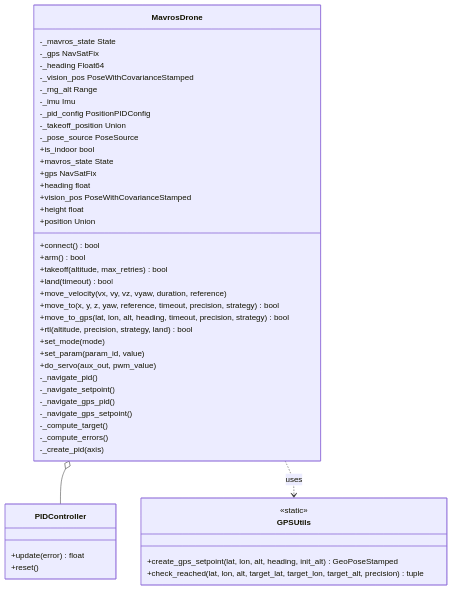
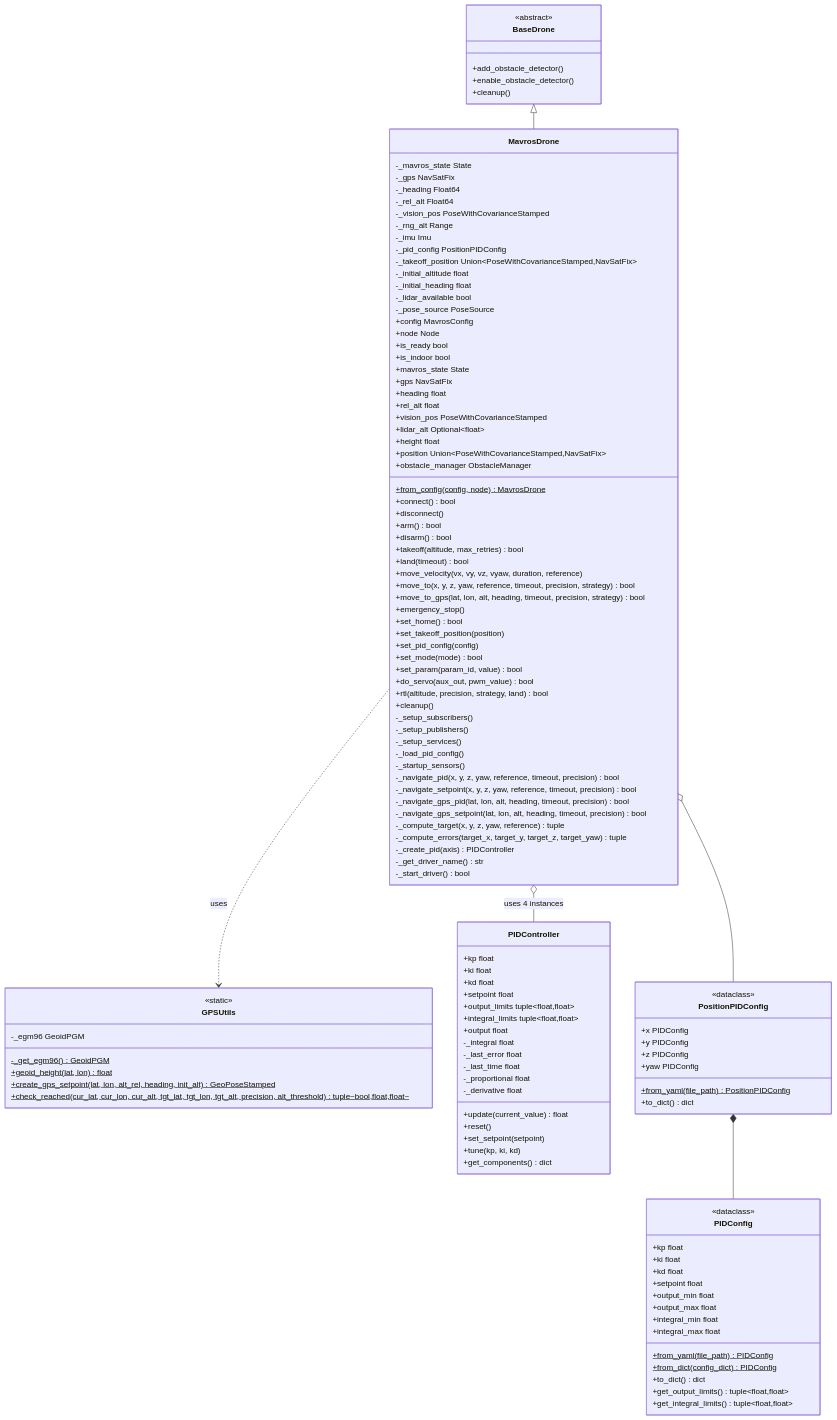
Before and after one commit to Black-Bee-Drones/nectar-sdk: the diagram in mirela_sdk/mirela_sdk/control/mavros/README.md, drawn with Mermaid. The commit also changed 2 other files, not shown here.

Commit message:
docs: update mermaid class diagramns

````diff
--- a/mirela_sdk/mirela_sdk/control/mavros/README.md
+++ b/mirela_sdk/mirela_sdk/control/mavros/README.md
@@ -10,50 +10,130 @@
         -_mavros_state State
         -_gps NavSatFix
         -_heading Float64
+        -_rel_alt Float64
         -_vision_pos PoseWithCovarianceStamped
         -_rng_alt Range
         -_imu Imu
         -_pid_config PositionPIDConfig
-        -_takeoff_position Union
+        -_takeoff_position Union~PoseWithCovarianceStamped,NavSatFix~
+        -_initial_altitude float
+        -_initial_heading float
+        -_lidar_available bool
         -_pose_source PoseSource
+        +config MavrosConfig
+        +node Node
+        +is_ready bool
         +is_indoor bool
         +mavros_state State
         +gps NavSatFix
         +heading float
+        +rel_alt float
         +vision_pos PoseWithCovarianceStamped
+        +lidar_alt Optional~float~
         +height float
-        +position Union
+        +position Union~PoseWithCovarianceStamped,NavSatFix~
+        +obstacle_manager ObstacleManager
+        +from_config(config, node)$ MavrosDrone
         +connect() bool
+        +disconnect()
         +arm() bool
+        +disarm() bool
         +takeoff(altitude, max_retries) bool
         +land(timeout) bool
         +move_velocity(vx, vy, vz, vyaw, duration, reference)
         +move_to(x, y, z, yaw, reference, timeout, precision, strategy) bool
         +move_to_gps(lat, lon, alt, heading, timeout, precision, strategy) bool
+        +emergency_stop()
+        +set_home() bool
+        +set_takeoff_position(position)
+        +set_pid_config(config)
+        +set_mode(mode) bool
+        +set_param(param_id, value) bool
+        +do_servo(aux_out, pwm_value) bool
         +rtl(altitude, precision, strategy, land) bool
-        +set_mode(mode)
-        +set_param(param_id, value)
-        +do_servo(aux_out, pwm_value)
-        -_navigate_pid()
-        -_navigate_setpoint()
-        -_navigate_gps_pid()
-        -_navigate_gps_setpoint()
-        -_compute_target()
-        -_compute_errors()
-        -_create_pid(axis)
+        +cleanup()
+        -_setup_subscribers()
+        -_setup_publishers()
+        -_setup_services()
+        -_load_pid_config()
+        -_startup_sensors()
+        -_navigate_pid(x, y, z, yaw, reference, timeout, precision) bool
+        -_navigate_setpoint(x, y, z, yaw, reference, timeout, precision) bool
+        -_navigate_gps_pid(lat, lon, alt, heading, timeout, precision) bool
+        -_navigate_gps_setpoint(lat, lon, alt, heading, timeout, precision) bool
+        -_compute_target(x, y, z, yaw, reference) tuple
+        -_compute_errors(target_x, target_y, target_z, target_yaw) tuple
+        -_create_pid(axis) PIDController
+        -_get_driver_name() str
+        -_start_driver() bool
     }
     
     class GPSUtils {
         <<static>>
-        +create_gps_setpoint(lat, lon, alt, heading, init_alt) GeoPoseStamped
-        +check_reached(lat, lon, alt, target_lat, target_lon, target_alt, precision) tuple
+        -_egm96 GeoidPGM
+        -_get_egm96()$ GeoidPGM
+        +geoid_height(lat, lon)$ float
+        +create_gps_setpoint(lat, lon, alt_rel, heading, init_alt)$ GeoPoseStamped
+        +check_reached(cur_lat, cur_lon, cur_alt, tgt_lat, tgt_lon, tgt_alt, precision, alt_threshold)$ tuple~bool,float,float~
     }
     
     class PIDController {
-        +update(error) float
+        +kp float
+        +ki float
+        +kd float
+        +setpoint float
+        +output_limits tuple~float,float~
+        +integral_limits tuple~float,float~
+        +output float
+        -_integral float
+        -_last_error float
+        -_last_time float
+        -_proportional float
+        -_derivative float
+        +update(current_value) float
         +reset()
+        +set_setpoint(setpoint)
+        +tune(kp, ki, kd)
+        +get_components() dict
     }
     
-    MavrosDrone o-- PIDController
+    class PositionPIDConfig {
+        <<dataclass>>
+        +x PIDConfig
+        +y PIDConfig
+        +z PIDConfig
+        +yaw PIDConfig
+        +from_yaml(file_path)$ PositionPIDConfig
+        +to_dict() dict
+    }
+    
+    class PIDConfig {
+        <<dataclass>>
+        +kp float
+        +ki float
+        +kd float
+        +setpoint float
+        +output_min float
+        +output_max float
+        +integral_min float
+        +integral_max float
+        +from_yaml(file_path)$ PIDConfig
+        +from_dict(config_dict)$ PIDConfig
+        +to_dict() dict
+        +get_output_limits() tuple~float,float~
+        +get_integral_limits() tuple~float,float~
+    }
+    
+    class BaseDrone {
+        <<abstract>>
+        +add_obstacle_detector()
+        +enable_obstacle_detector()
+        +cleanup()
+    }
+    
+    BaseDrone <|-- MavrosDrone
+    MavrosDrone o-- PIDController : uses 4 instances
+    MavrosDrone o-- PositionPIDConfig
     MavrosDrone ..> GPSUtils : uses
+    PositionPIDConfig *-- PIDConfig
 ```
````
